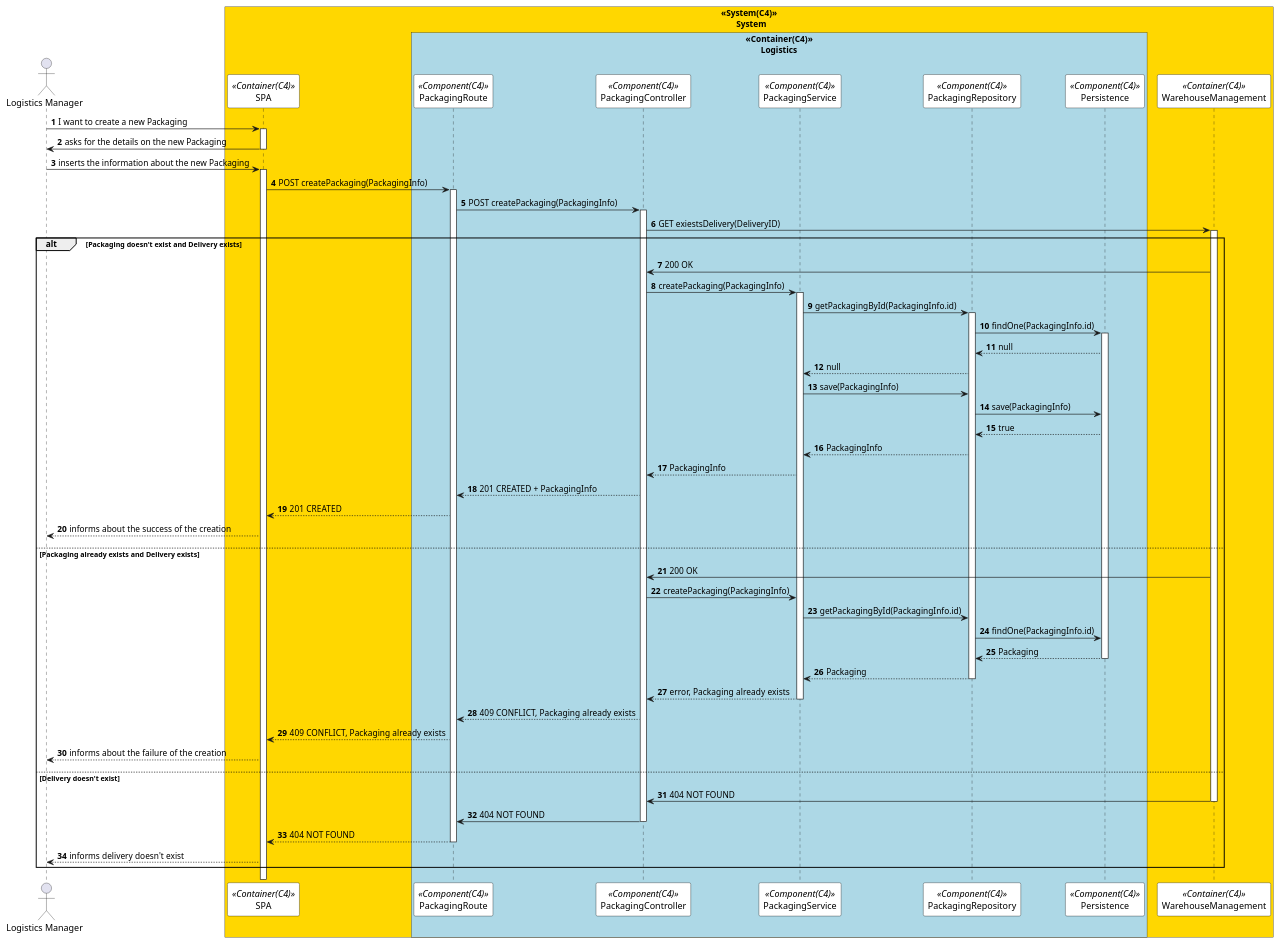
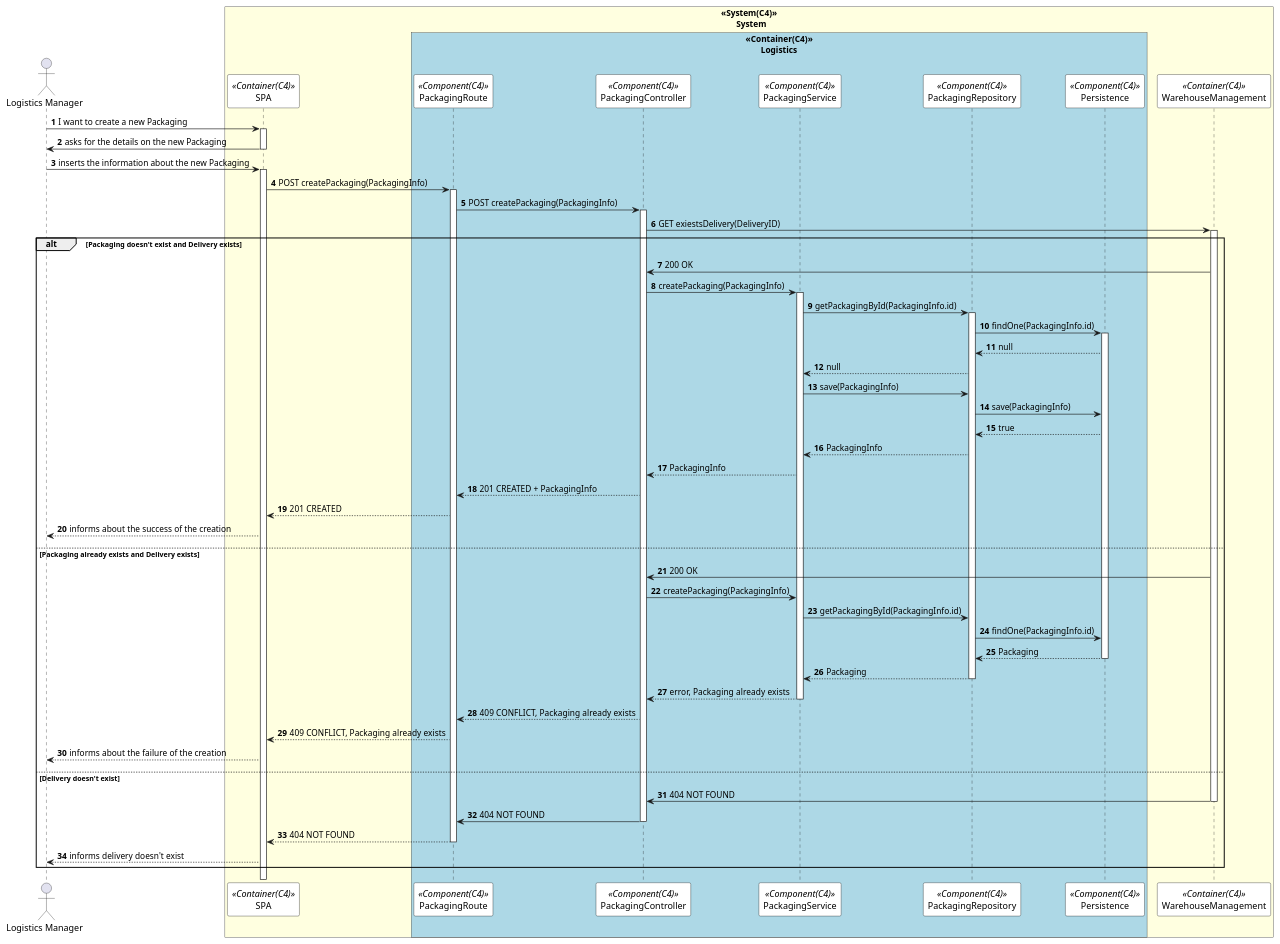
One commit to 0franciscor/dei_3dj_057 changed the diagram in Documents/Deployment Diagrams/Level 3/Process View/Packaging/createPackagingSD.puml. Above: the diagram before and after it, drawn with PlantUML. The commit also changed 2 other files, not shown here.

Commit message:
#23 - Adição do diagrama de sistema relativo ao caso de uso Criar um armazém

```diff
--- a/Documents/Deployment Diagrams/Level 3/Process View/Packaging/createPackagingSD.puml
+++ b/Documents/Deployment Diagrams/Level 3/Process View/Packaging/createPackagingSD.puml
@@ -1,111 +1,111 @@
 @startuml createPackagingSD
 autonumber
 !pragma teoz true
 skinparam sequence {
 ParticipantBorderColor black
 ParticipantBackgroundColor white
 }
 actor "Logistics Manager" as manager
 
 
-box "<<System(C4)>>\n       System" #Gold
+box "<<System(C4)>>\n       System" #LightYellow
 participant SPA as  SPA <<Container(C4)>>
 box "<<Container(C4)>>\n       Logistics" #LightBlue
 participant PackagingRoute as Route <<Component(C4)>>
 participant PackagingController as Controller <<Component(C4)>>
 participant PackagingService as Service <<Component(C4)>>
 participant PackagingRepository as Repository <<Component(C4)>>
 participant Persistence as Persistence <<Component(C4)>>
 end box
 participant WarehouseManagement as WarehouseManagement <<Container(C4)>>
 end box
 
 
 manager -> SPA: I want to create a new Packaging
 activate SPA
 
 SPA -> manager: asks for the details on the new Packaging
 deactivate SPA
 
 manager -> SPA: inserts the information about the new Packaging
 activate SPA
 
 
 SPA -> Route: POST createPackaging(PackagingInfo)
 activate Route
 Route -> Controller: POST createPackaging(PackagingInfo)
 activate Controller
 
 Controller -> WarehouseManagement: GET exiestsDelivery(DeliveryID)
 activate WarehouseManagement
 alt Packaging doesn't exist and Delivery exists
 
 WarehouseManagement -> Controller: 200 OK
 
 Controller -> Service: createPackaging(PackagingInfo)
 activate Service
 Service -> Repository: getPackagingById(PackagingInfo.id)
 activate Repository
 Repository -> Persistence: findOne(PackagingInfo.id)
 activate Persistence
 Persistence --> Repository: null
 
 Repository --> Service: null
 
 Service -> Repository: save(PackagingInfo)
 
 Repository -> Persistence: save(PackagingInfo)
 
 Persistence --> Repository: true
 
 Repository --> Service: PackagingInfo
 
 Service --> Controller: PackagingInfo
 
 Controller --> Route: 201 CREATED + PackagingInfo
 
 Route --> SPA: 201 CREATED
 
 SPA --> manager: informs about the success of the creation
 
 else Packaging already exists and Delivery exists
 
 WarehouseManagement -> Controller: 200 OK
 
 Controller -> Service: createPackaging(PackagingInfo)
 
 Service -> Repository: getPackagingById(PackagingInfo.id)
 
 Repository -> Persistence: findOne(PackagingInfo.id)
 
 Persistence --> Repository: Packaging
 deactivate Persistence
 Repository --> Service: Packaging
 deactivate Repository
 Service --> Controller: error, Packaging already exists
 deactivate Service
 Controller --> Route: 409 CONFLICT, Packaging already exists
 
 Route --> SPA: 409 CONFLICT, Packaging already exists
 
 SPA --> manager: informs about the failure of the creation
 
 
 else Delivery doesn't exist
 
 WarehouseManagement -> Controller: 404 NOT FOUND
 deactivate WarehouseManagement
 Controller -> Route: 404 NOT FOUND
 deactivate Controller
 Route --> SPA: 404 NOT FOUND
 deactivate Route
 
 SPA --> manager: informs delivery doesn't exist
 
 
 end
 
 deactivate SPA
 deactivate manager
 
 @enduml
```
